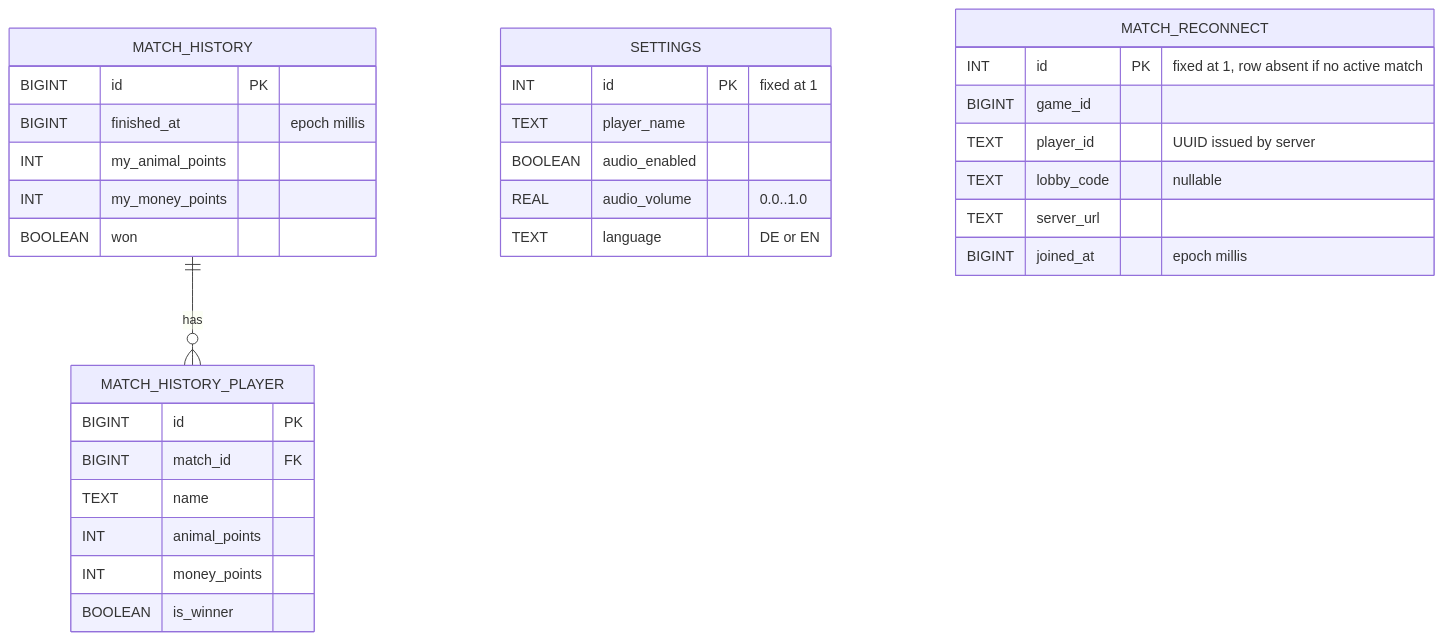
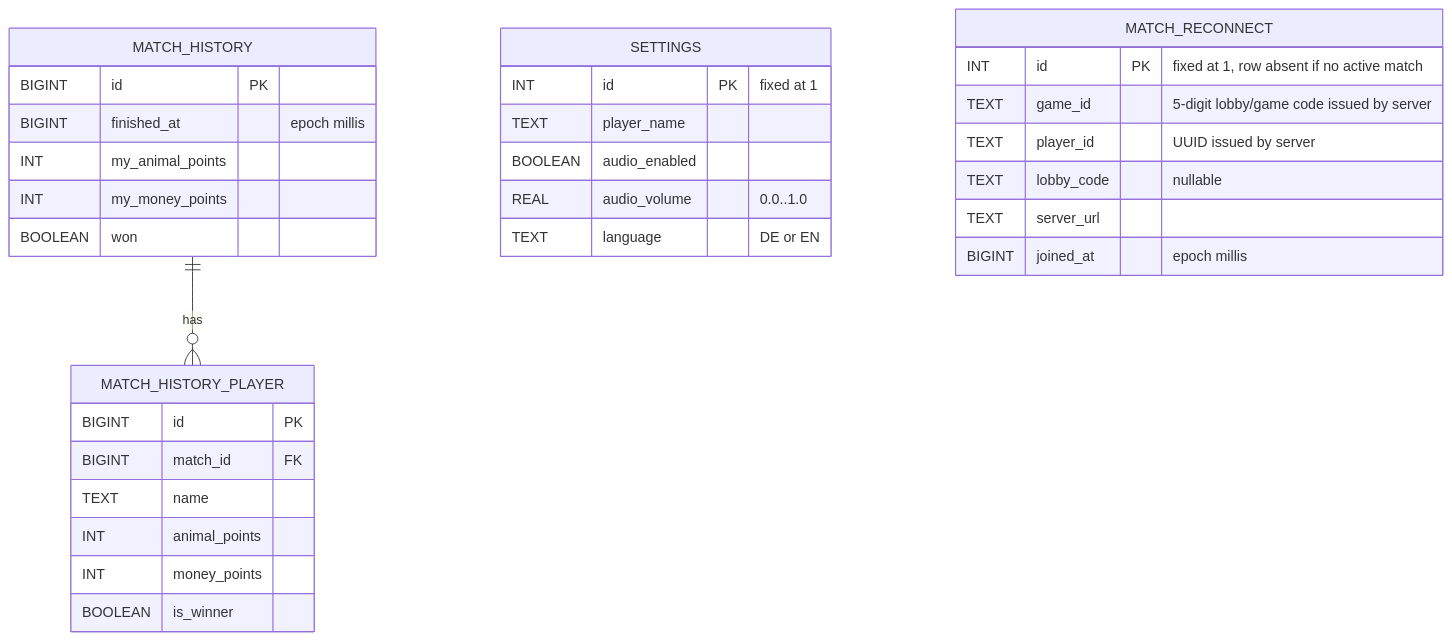
One commit to AAUSoftwareEngineering2/SE2_Gruppenprojekt changed the diagram in docs/client-database.md. Above: the diagram before and after it, drawn with Mermaid.

Commit message:
Potential fix for pull request finding

````diff
--- a/docs/client-database.md
+++ b/docs/client-database.md
@@ -33,35 +33,35 @@
 ```mermaid
 erDiagram
     MATCH_HISTORY ||--o{ MATCH_HISTORY_PLAYER : "has"
 
     SETTINGS {
         INT id PK "fixed at 1"
         TEXT player_name
         BOOLEAN audio_enabled
         REAL audio_volume "0.0..1.0"
         TEXT language "DE or EN"
     }
     MATCH_RECONNECT {
         INT id PK "fixed at 1, row absent if no active match"
-        BIGINT game_id
+        TEXT game_id "5-digit lobby/game code issued by server"
         TEXT player_id "UUID issued by server"
         TEXT lobby_code "nullable"
         TEXT server_url
         BIGINT joined_at "epoch millis"
     }
     MATCH_HISTORY {
         BIGINT id PK
         BIGINT finished_at "epoch millis"
         INT my_animal_points
         INT my_money_points
         BOOLEAN won
     }
     MATCH_HISTORY_PLAYER {
         BIGINT id PK
         BIGINT match_id FK
         TEXT name
         INT animal_points
         INT money_points
         BOOLEAN is_winner
     }
 ```
````
